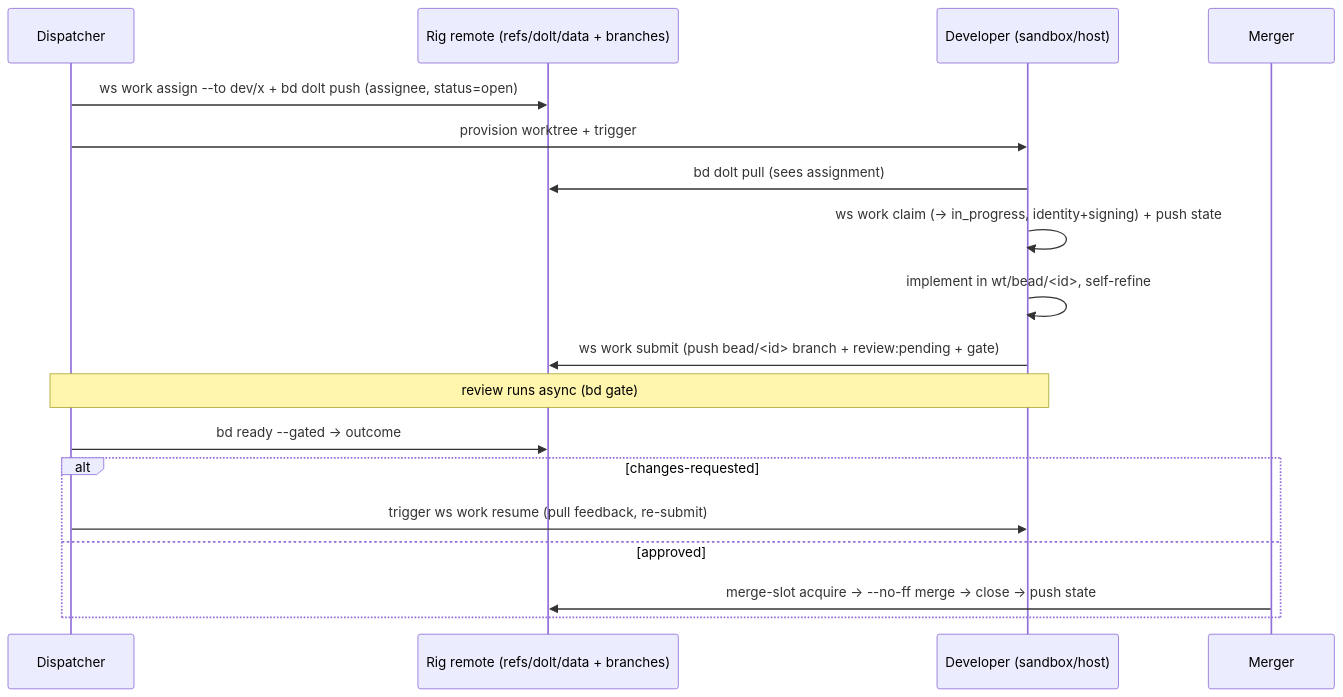
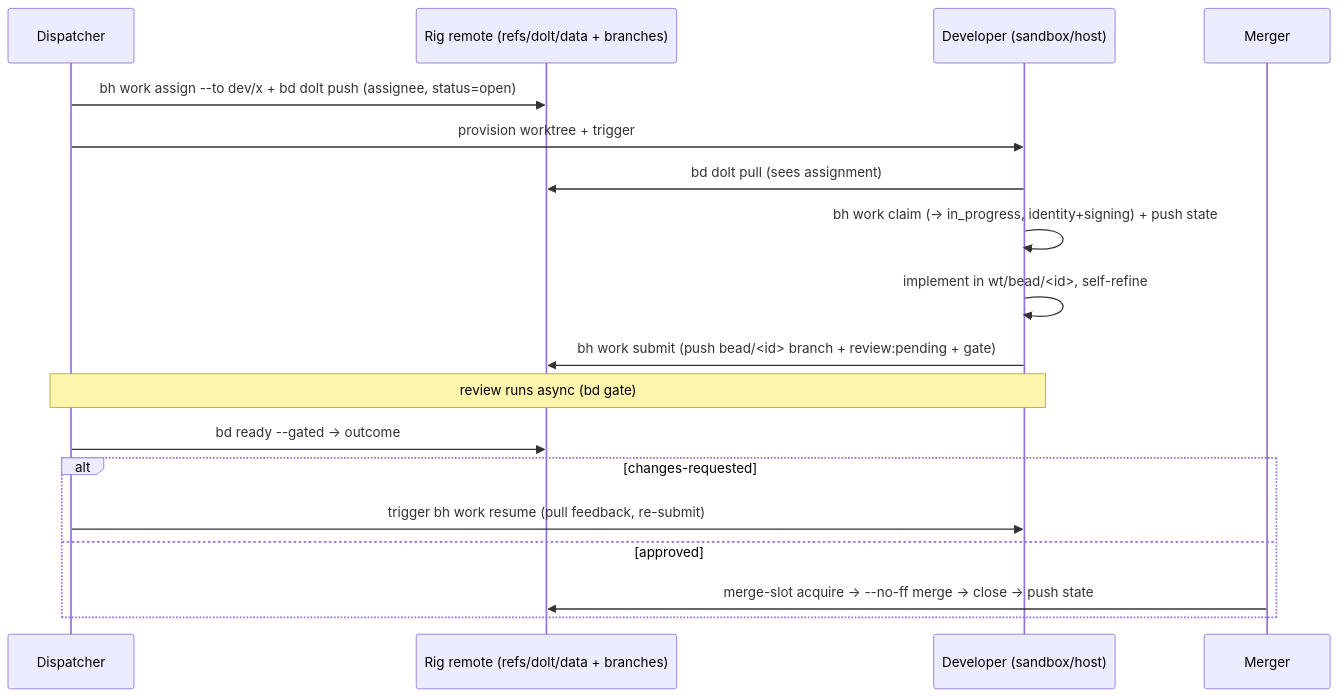
Before and after one commit to beadhive/beadhive: the second of 2 diagrams in docs/BEADS-SYNC.md, drawn with Mermaid. The commit also changed other lines of this file and 84 other files, not shown here.

````diff
--- a/docs/BEADS-SYNC.md
+++ b/docs/BEADS-SYNC.md
@@ -76,20 +76,20 @@
 ```mermaid
 sequenceDiagram
   participant C as Dispatcher
   participant R as Rig remote (refs/dolt/data + branches)
   participant D as Developer (sandbox/host)
   participant M as Merger
-  C->>R: ws work assign --to dev/x  +  bd dolt push (assignee, status=open)
+  C->>R: bh work assign --to dev/x  +  bd dolt push (assignee, status=open)
   C->>D: provision worktree + trigger
   D->>R: bd dolt pull (sees assignment)
-  D->>D: ws work claim (→ in_progress, identity+signing)  +  push state
+  D->>D: bh work claim (→ in_progress, identity+signing)  +  push state
   D->>D: implement in wt/bead/<id>, self-refine
-  D->>R: ws work submit (push bead/<id> branch + review:pending + gate)
+  D->>R: bh work submit (push bead/<id> branch + review:pending + gate)
   Note over C,D: review runs async (bd gate)
   C->>R: bd ready --gated → outcome
   alt changes-requested
-    C->>D: trigger ws work resume (pull feedback, re-submit)
+    C->>D: trigger bh work resume (pull feedback, re-submit)
   else approved
     M->>R: merge-slot acquire → --no-ff merge → close → push state
   end
 ```
````
